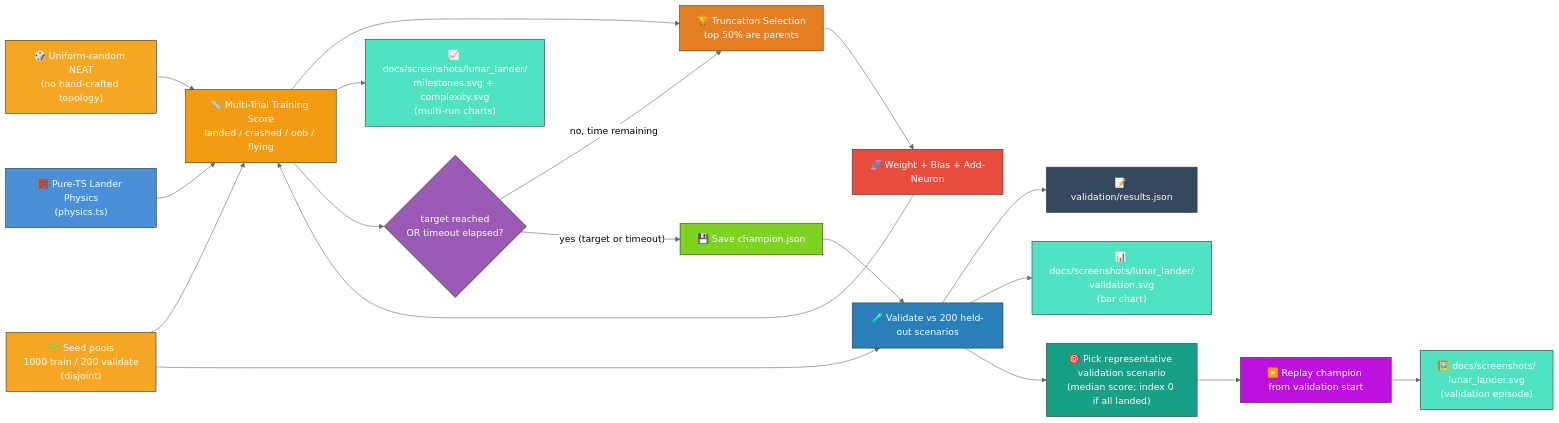
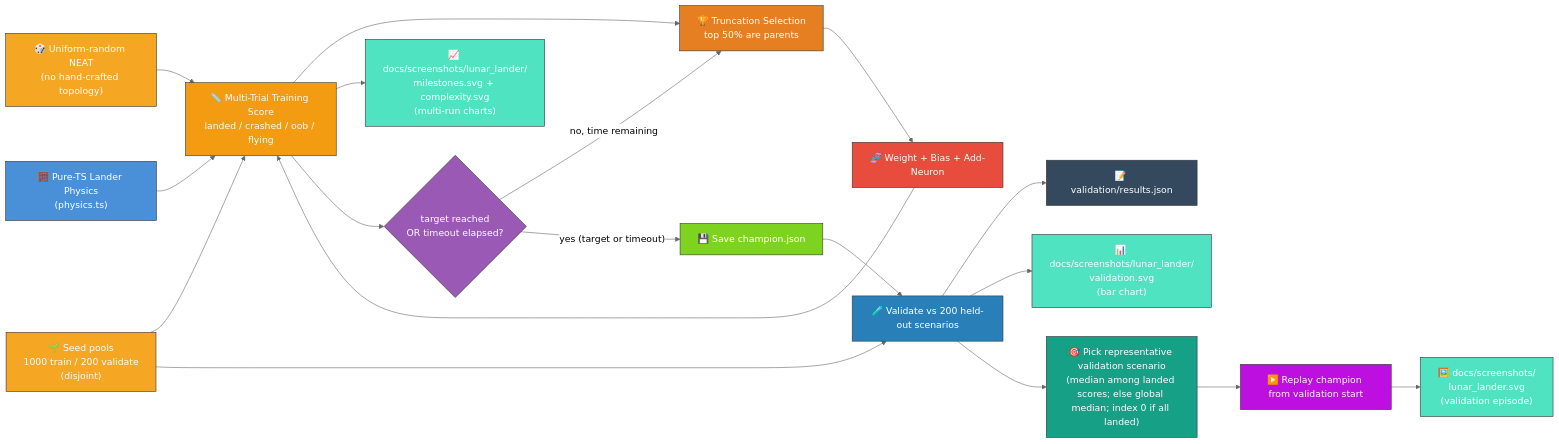
One commit to stSoftwareAU/NEAT-AI-Examples changed the first of 3 diagrams in lunar_lander/README.md. Above: the diagram before and after it, drawn with Mermaid (neutral theme). The commit also changed other lines of this file and 7 other files, not shown here.

First line of the commit message:
fix(lunar lander): clearer charts and landed hero replay

````diff
--- a/lunar_lander/README.md
+++ b/lunar_lander/README.md
@@ -43,52 +43,52 @@
 ```mermaid
 flowchart LR
     PHYS["🧮 Pure-TS Lander Physics<br/>(physics.ts)"]
     INIT["🎲 Uniform-random NEAT<br/>(no hand-crafted topology)"]
     POOLS["🌱 Seed pools<br/>1000 train / 200 validate<br/>(disjoint)"]
     TRAIN["📏 Multi-Trial Training Score<br/>landed / crashed / oob / flying"]
     SELECT["🏆 Truncation Selection<br/>top 50% are parents"]
     MUTATE["🧬 Weight + Bias + Add-Neuron"]
     STOP{"target reached<br/>OR timeout elapsed?"}
     CHAMP["💾 Save champion.json"]
     VALID["🧪 Validate vs 200 held-out scenarios"]
-    PICK["🎯 Pick representative validation scenario<br/>(median score; index 0 if all landed)"]
+    PICK["🎯 Pick representative validation scenario<br/>(median among landed scores; else global median; index 0 if all landed)"]
     RUN["▶️ Replay champion from validation start"]
     JSON["📝 validation/results.json"]
     MILES["📈 docs/screenshots/lunar_lander/<br/>milestones.svg + complexity.svg<br/>(multi-run charts)"]
     BARS["📊 docs/screenshots/lunar_lander/<br/>validation.svg<br/>(bar chart)"]
     SVG["🖼️ docs/screenshots/<br/>lunar_lander.svg<br/>(validation episode)"]
 
     INIT --> TRAIN
     PHYS --> TRAIN
     POOLS --> TRAIN
     POOLS --> VALID
     TRAIN --> SELECT
     SELECT --> MUTATE
     MUTATE --> TRAIN
     TRAIN --> MILES
     TRAIN --> STOP
     STOP -- "no, time remaining" --> SELECT
     STOP -- "yes (target or timeout)" --> CHAMP
     CHAMP --> VALID
     VALID --> JSON
     VALID --> BARS
     VALID --> PICK
     PICK --> RUN
     RUN --> SVG
 
     style PHYS fill:#4a90d9,stroke:#333,color:#fff
     style INIT fill:#f5a623,stroke:#333,color:#fff
     style POOLS fill:#f5a623,stroke:#333,color:#fff
     style TRAIN fill:#f39c12,stroke:#333,color:#fff
     style SELECT fill:#e67e22,stroke:#333,color:#fff
     style MUTATE fill:#e74c3c,stroke:#333,color:#fff
     style STOP fill:#9b59b6,stroke:#333,color:#fff
     style CHAMP fill:#7ed321,stroke:#333,color:#fff
     style VALID fill:#2980b9,stroke:#333,color:#fff
     style PICK fill:#16a085,stroke:#333,color:#fff
     style RUN fill:#bd10e0,stroke:#333,color:#fff
     style JSON fill:#34495e,stroke:#333,color:#fff
     style MILES fill:#50e3c2,stroke:#333,color:#fff
     style BARS fill:#50e3c2,stroke:#333,color:#fff
     style SVG fill:#50e3c2,stroke:#333,color:#fff
 ```
````
